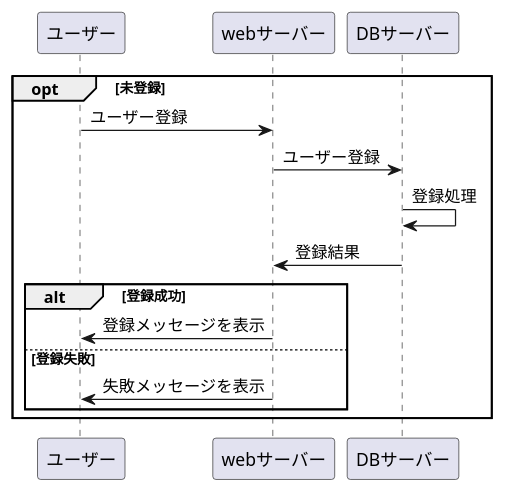
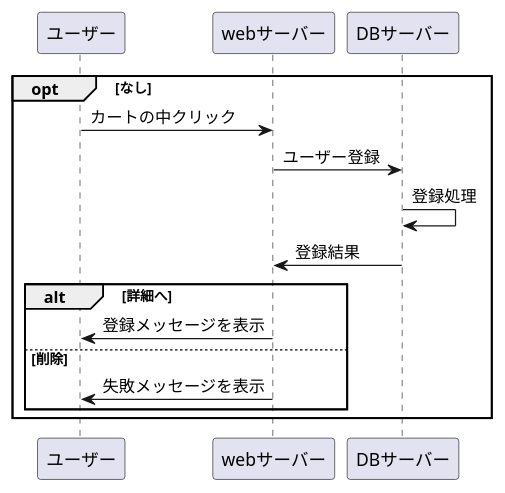
One commit to Aso2001403/2021sys-design changed the diagram in ka-toin.md. Above: the diagram before and after it, drawn with PlantUML.

````diff
--- a/ka-toin.md
+++ b/ka-toin.md
@@ -1,17 +1,17 @@
 ```uml
 @startuml
-opt 未登録
- ユーザー -> webサーバー : ユーザー登録
+opt なし
+ ユーザー -> webサーバー : カートの中クリック
  webサーバー -> DBサーバー : ユーザー登録
  DBサーバー -> DBサーバー : 登録処理
  DBサーバー -> webサーバー : 登録結果
 
- alt 登録成功
+ alt 詳細へ
  webサーバー -> ユーザー : 登録メッセージを表示
- else 登録失敗
+ else 削除
  webサーバー -> ユーザー : 失敗メッセージを表示
  end
 end
 
 @enduml
 ```
````
